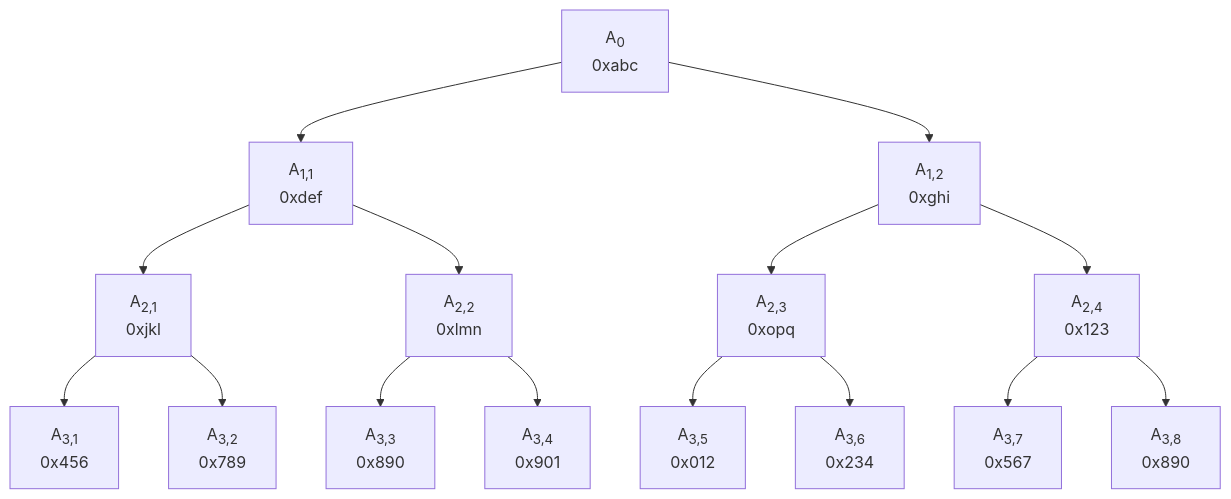
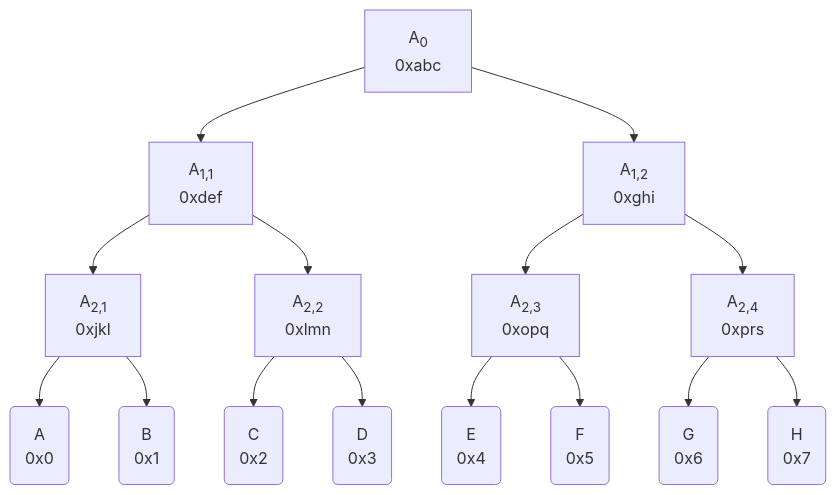
One commit to attestate/kiwistand changed the first of 2 diagrams in docs/source/protocol.rst. Above: the diagram before and after it, drawn with Mermaid. The commit also changed other lines of this file and 2 other files, not shown here.

```diff
--- a/docs/source/protocol.rst
+++ b/docs/source/protocol.rst
@@ -116,17 +125,17 @@
 .. mermaid::
 
-   graph TD
-      A_0[A<sub>0</sub><br>0xabc] --> A_1,1[A<sub>1,1</sub><br>0xdef]
-      A_0 --> A_1,2[A<sub>1,2</sub><br>0xghi]
-      A_1,1 --> A_2,1[A<sub>2,1</sub><br>0xjkl]
-      A_1,1 --> A_2,2[A<sub>2,2</sub><br>0xlmn]
-      A_1,2 --> A_2,3[A<sub>2,3</sub><br>0xopq]
-      A_1,2 --> A_2,4[A<sub>2,4</sub><br>0x123]
-      A_2,1 --> A_3,1[A<sub>3,1</sub><br>0x456]
-      A_2,1 --> A_3,2[A<sub>3,2</sub><br>0x789]
-      A_2,2 --> A_3,3[A<sub>3,3</sub><br>0x890]
-      A_2,2 --> A_3,4[A<sub>3,4</sub><br>0x901]
-      A_2,3 --> A_3,5[A<sub>3,5</sub><br>0x012]
-      A_2,3 --> A_3,6[A<sub>3,6</sub><br>0x234]
-      A_2,4 --> A_3,7[A<sub>3,7</sub><br>0x567]
-      A_2,4 --> A_3,8[A<sub>3,8</sub><br>0x890]
+    graph TD
+     A_0[A<sub>0</sub><br>0xabc] --> A_1,1[A<sub>1,1</sub><br>0xdef]
+     A_0 --> A_1,2[A<sub>1,2</sub><br>0xghi]
+     A_1,1 --> A_2,1[A<sub>2,1</sub><br>0xjkl]
+     A_1,1 --> A_2,2[A<sub>2,2</sub><br>0xlmn]
+     A_1,2 --> A_2,3[A<sub>2,3</sub><br>0xopq]
+     A_1,2 --> A_2,4[A<sub>2,4</sub><br>0xprs]
+     A_2,1 --> A("A"<br>0x0)
+     A_2,1 --> B("B"<br>0x1)
+     A_2,2 --> C("C"<br>0x2)
+     A_2,2 --> D("D"<br>0x3)
+     A_2,3 --> E("E"<br>0x4)
+     A_2,3 --> F("F"<br>0x5)
+     A_2,4 --> G("G"<br>0x6)
+     A_2,4 --> H("H"<br>0x7)
```
